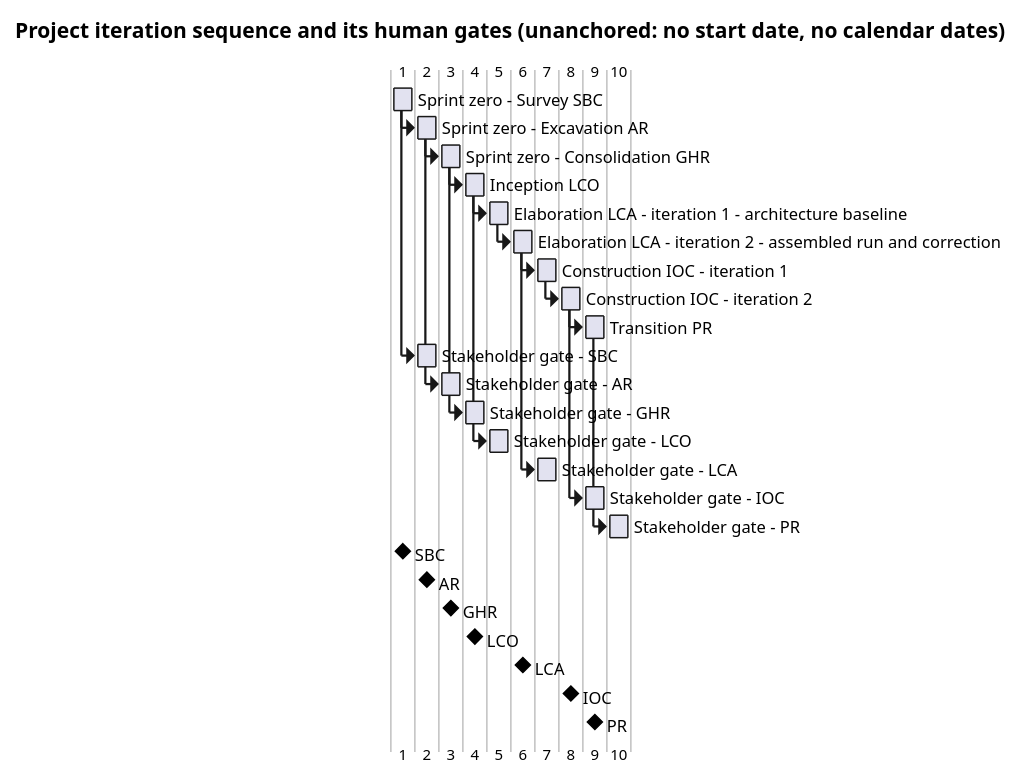
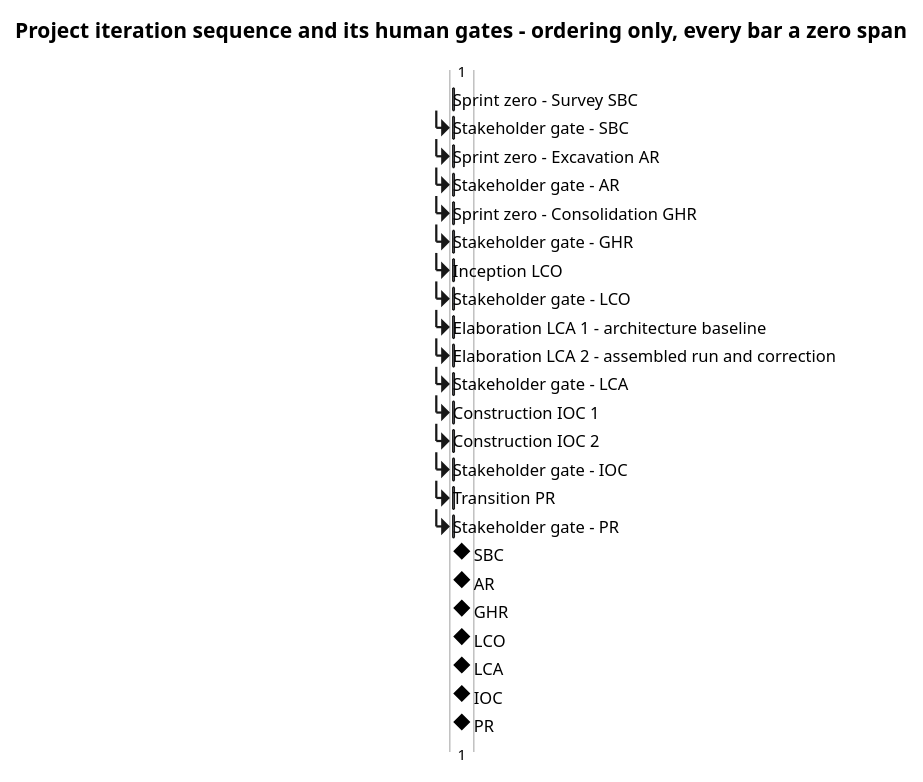
One commit to banense-test/TodoApp changed the first of 3 diagrams in docs/artifacts/project-management/iteration-plan.md. Above: the diagram before and after it, drawn with PlantUML. The commit also changed other lines of this file, not shown here.

First line of the commit message:
Project Manager [Survey2]: upsert Iteration Plan

````diff
--- a/docs/artifacts/project-management/iteration-plan.md
+++ b/docs/artifacts/project-management/iteration-plan.md
@@ -45,55 +45,57 @@
 ```plantuml
 @startgantt
-title Project iteration sequence and its human gates (unanchored: no start date, no calendar dates)
+title Project iteration sequence and its human gates - ordering only, every bar a zero span
 skinparam shadowing false
 
-[Sprint zero - Survey SBC] lasts 1 day
-[Sprint zero - Excavation AR] lasts 1 day
-[Sprint zero - Consolidation GHR] lasts 1 day
-[Inception LCO] lasts 1 day
-[Elaboration LCA - iteration 1 - architecture baseline] lasts 1 day
-[Elaboration LCA - iteration 2 - assembled run and correction] lasts 1 day
-[Construction IOC - iteration 1] lasts 1 day
-[Construction IOC - iteration 2] lasts 1 day
-[Transition PR] lasts 1 day
-[Stakeholder gate - SBC] lasts 1 day
-[Stakeholder gate - AR] lasts 1 day
-[Stakeholder gate - GHR] lasts 1 day
-[Stakeholder gate - LCO] lasts 1 day
-[Stakeholder gate - LCA] lasts 1 day
-[Stakeholder gate - IOC] lasts 1 day
-[Stakeholder gate - PR] lasts 1 day
-
-[Sprint zero - Excavation AR] starts at [Sprint zero - Survey SBC]'s end
-[Sprint zero - Consolidation GHR] starts at [Sprint zero - Excavation AR]'s end
-[Inception LCO] starts at [Sprint zero - Consolidation GHR]'s end
-[Elaboration LCA - iteration 1 - architecture baseline] starts at [Inception LCO]'s end
-[Elaboration LCA - iteration 2 - assembled run and correction] starts at [Elaboration LCA - iteration 1 - architecture baseline]'s end
-[Construction IOC - iteration 1] starts at [Elaboration LCA - iteration 2 - assembled run and correction]'s end
-[Construction IOC - iteration 2] starts at [Construction IOC - iteration 1]'s end
-[Transition PR] starts at [Construction IOC - iteration 2]'s end
+[Sprint zero - Survey SBC] lasts 0 day
+[Stakeholder gate - SBC] lasts 0 day
+[Sprint zero - Excavation AR] lasts 0 day
+[Stakeholder gate - AR] lasts 0 day
+[Sprint zero - Consolidation GHR] lasts 0 day
+[Stakeholder gate - GHR] lasts 0 day
+[Inception LCO] lasts 0 day
+[Stakeholder gate - LCO] lasts 0 day
+[Elaboration LCA 1 - architecture baseline] lasts 0 day
+[Elaboration LCA 2 - assembled run and correction] lasts 0 day
+[Stakeholder gate - LCA] lasts 0 day
+[Construction IOC 1] lasts 0 day
+[Construction IOC 2] lasts 0 day
+[Stakeholder gate - IOC] lasts 0 day
+[Transition PR] lasts 0 day
+[Stakeholder gate - PR] lasts 0 day
 
 [Stakeholder gate - SBC] starts at [Sprint zero - Survey SBC]'s end
+[Sprint zero - Excavation AR] starts at [Stakeholder gate - SBC]'s end
 [Stakeholder gate - AR] starts at [Sprint zero - Excavation AR]'s end
+[Sprint zero - Consolidation GHR] starts at [Stakeholder gate - AR]'s end
 [Stakeholder gate - GHR] starts at [Sprint zero - Consolidation GHR]'s end
+[Inception LCO] starts at [Stakeholder gate - GHR]'s end
 [Stakeholder gate - LCO] starts at [Inception LCO]'s end
-[Stakeholder gate - LCA] starts at [Elaboration LCA - iteration 2 - assembled run and correction]'s end
-[Stakeholder gate - IOC] starts at [Construction IOC - iteration 2]'s end
+[Elaboration LCA 1 - architecture baseline] starts at [Stakeholder gate - LCO]'s end
+[Elaboration LCA 2 - assembled run and correction] starts at [Elaboration LCA 1 - architecture baseline]'s end
+[Stakeholder gate - LCA] starts at [Elaboration LCA 2 - assembled run and correction]'s end
+[Construction IOC 1] starts at [Stakeholder gate - LCA]'s end
+[Construction IOC 2] starts at [Construction IOC 1]'s end
+[Stakeholder gate - IOC] starts at [Construction IOC 2]'s end
+[Transition PR] starts at [Stakeholder gate - IOC]'s end
 [Stakeholder gate - PR] starts at [Transition PR]'s end
 
-[SBC] happens at [Sprint zero - Survey SBC]'s end
-[AR] happens at [Sprint zero - Excavation AR]'s end
-[GHR] happens at [Sprint zero - Consolidation GHR]'s end
-[LCO] happens at [Inception LCO]'s end
-[LCA] happens at [Elaboration LCA - iteration 2 - assembled run and correction]'s end
-[IOC] happens at [Construction IOC - iteration 2]'s end
-[PR] happens at [Transition PR]'s end
+[SBC] happens at [Stakeholder gate - SBC]'s end
+[AR] happens at [Stakeholder gate - AR]'s end
+[GHR] happens at [Stakeholder gate - GHR]'s end
+[LCO] happens at [Stakeholder gate - LCO]'s end
+[LCA] happens at [Stakeholder gate - LCA]'s end
+[IOC] happens at [Stakeholder gate - IOC]'s end
+[PR] happens at [Stakeholder gate - PR]'s end
 
 note bottom
-  No phase has closed, so no bar length is a forecast of duration and no
-  calendar date exists anywhere in this plan. Each iteration ends when its
-  exit criteria pass. Each gate is a human wait, carried as days of queue
-  time with a ceiling of 14 before the process suspends.
+  Nine iterations, seven milestones, seven human gates.
+  Every bar is a zero span: PlantUML requires the root bar's span to be
+  declared, and it is declared zero. No bar carries a duration and no
+  calendar date exists anywhere in this plan. An iteration ends when its
+  exit criteria pass; a gate ends when the stakeholder answers, and is
+  carried as R021 - days of queue time, ceiling 14, then the process
+  suspends.
 end note
 @endgantt
 ```
````
